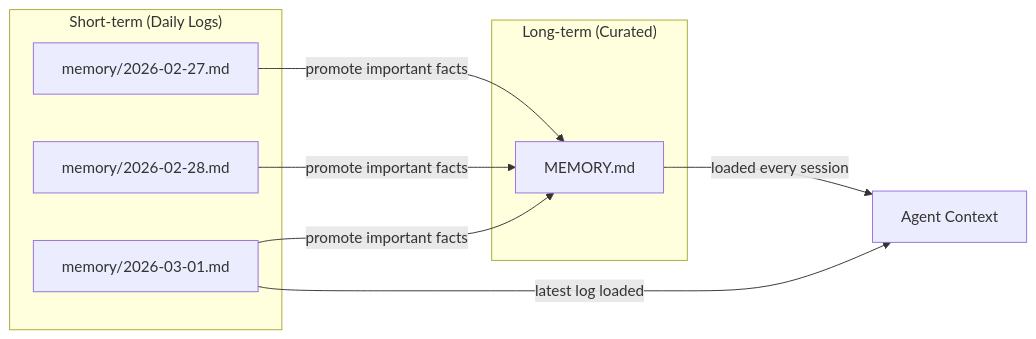
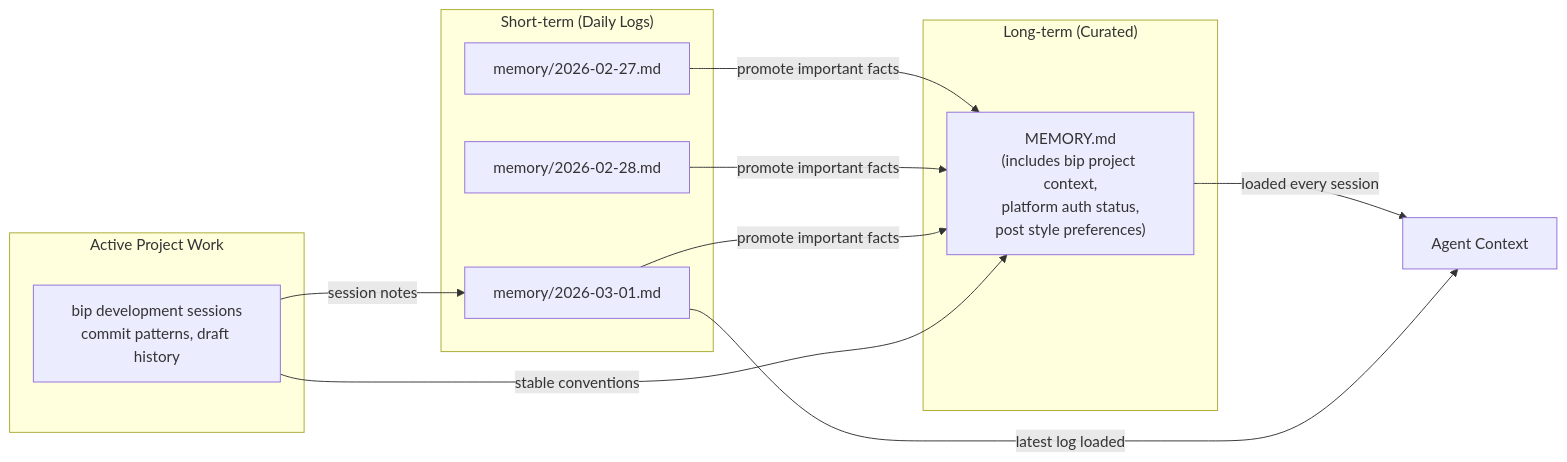
Before and after one commit to cynthialmy/cynthialmy.github.io: the third of 10 diagrams in _posts/2026-02-27-self-evolving-ai-assistant.md, drawn with Mermaid. The commit also changed other lines of this file and 1 other file, not shown here.

Commit message:
added  bip npm build

````diff
--- a/_posts/2026-02-27-self-evolving-ai-assistant.md
+++ b/_posts/2026-02-27-self-evolving-ai-assistant.md
@@ -231,19 +241,25 @@
 ```mermaid
 flowchart LR
     subgraph ShortTerm ["Short-term (Daily Logs)"]
         D1["memory/2026-02-27.md"]
         D2["memory/2026-02-28.md"]
         D3["memory/2026-03-01.md"]
     end
 
+    subgraph Projects ["Active Project Work"]
+        BIP["bip development sessions<br/>commit patterns, draft history"]
+    end
+
     subgraph LongTerm ["Long-term (Curated)"]
-        Mem["MEMORY.md"]
+        Mem["MEMORY.md<br/>(includes bip project context,<br/>platform auth status,<br/>post style preferences)"]
     end
 
     D1 -->|"promote important facts"| Mem
     D2 -->|"promote important facts"| Mem
     D3 -->|"promote important facts"| Mem
+    BIP -->|"session notes"| D3
+    BIP -->|"stable conventions"| Mem
 
     Mem -->|"loaded every session"| Agent["Agent Context"]
     D3 -->|"latest log loaded"| Agent
 ```
````
